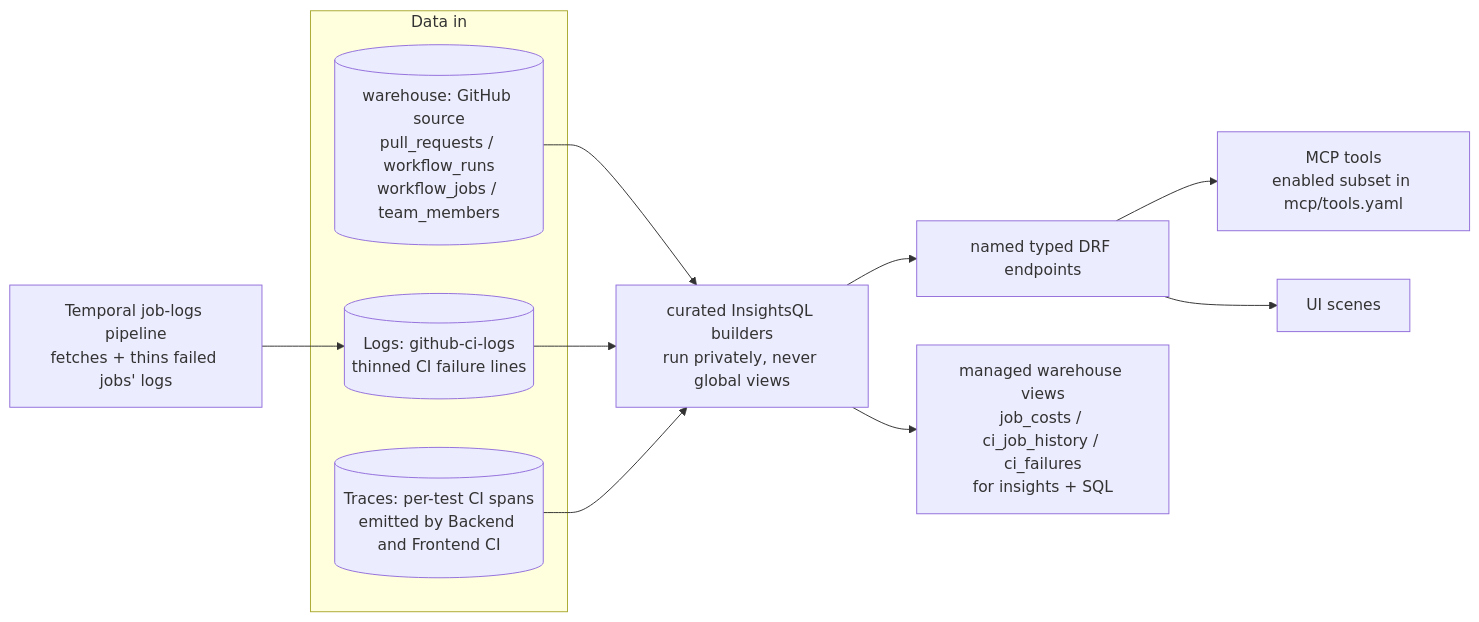
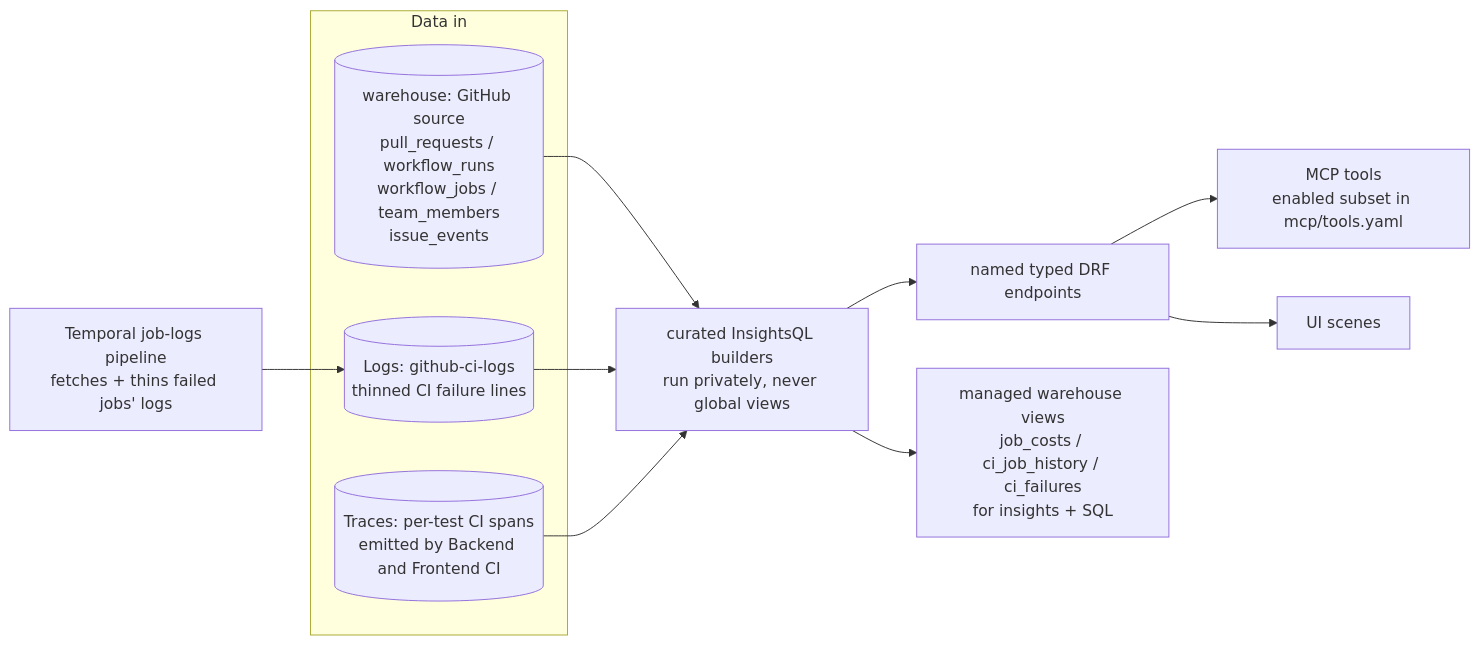
Before and after one commit to hanzoai/insights: the diagram in products/engineering_analytics/README.md, drawn with Mermaid. The commit also changed other lines of this file and 4461 other files, not shown here.

````diff
--- a/products/engineering_analytics/README.md
+++ b/products/engineering_analytics/README.md
@@ -64,18 +64,18 @@
 ```mermaid
 graph LR
     subgraph "Data in"
-        WH[("warehouse: GitHub source<br/>pull_requests / workflow_runs<br/>workflow_jobs / team_members")]
+        WH[("warehouse: GitHub source<br/>pull_requests / workflow_runs<br/>workflow_jobs / team_members<br/>issue_events")]
         LOGS[("Logs: github-ci-logs<br/>thinned CI failure lines")]
         TRACES[("Traces: per-test CI spans<br/>emitted by Backend and Frontend CI")]
     end
     JL["Temporal job-logs pipeline<br/>fetches + thins failed jobs' logs"] --> LOGS
     CUR["curated InsightsQL builders<br/>run privately, never global views"]
     WH --> CUR
     LOGS --> CUR
     TRACES --> CUR
     EP["named typed DRF endpoints"]
     CUR --> EP
     EP --> MCP["MCP tools<br/>enabled subset in mcp/tools.yaml"]
     EP --> UI["UI scenes"]
     CUR --> WV["managed warehouse views<br/>job_costs / ci_job_history / ci_failures<br/>for insights + SQL"]
 ```
````
